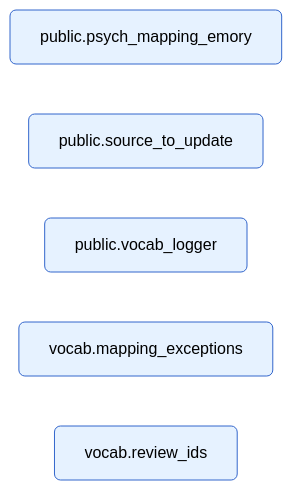
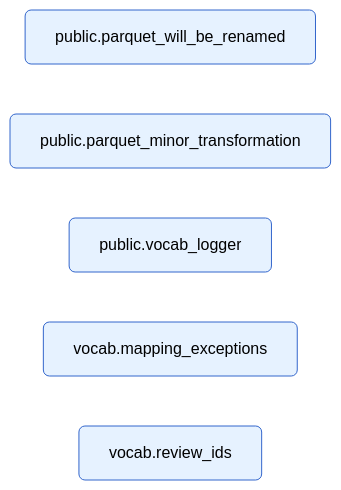
Before and after one commit to Emory-OMOP/CVB: the third of 6 diagrams in PSYCHIATRY/Builder/sql/readme.md, drawn with Mermaid. The commit also changed 2 other files, not shown here.

Commit message:
Update column names in DDL to align with new Excel file structure

````diff
--- a/PSYCHIATRY/Builder/sql/readme.md
+++ b/PSYCHIATRY/Builder/sql/readme.md
@@ -95,15 +95,15 @@
 ```mermaid
 %% Column-level lineage: source-ddl.sql (Step 2)
 %% Pure DDL – creates tables. No column-level lineage from Step 1.
 
 flowchart LR
-  T_PM[public.psych_mapping_emory]:::table
-  T_STU[public.source_to_update]:::table
+  T_PM[public.parquet_will_be_renamed]:::table
+  T_STU[public.parquet_minor_transformation]:::table
   T_VL[public.vocab_logger]:::table
   T_ME[vocab.mapping_exceptions]:::table
   T_RI[vocab.review_ids]:::table
 
   classDef table fill:#e6f2ff,stroke:#3366cc,stroke-width:1px,color:#000,rx:6,ry:6;
   classDef const fill:#fff2cc,stroke:#cc9900,stroke-width:1px,color:#000,rx:4,ry:4;
   classDef file fill:#e6ffe6,stroke:#339933,stroke-width:1px,color:#000,rx:4,ry:4;
 ```
````
